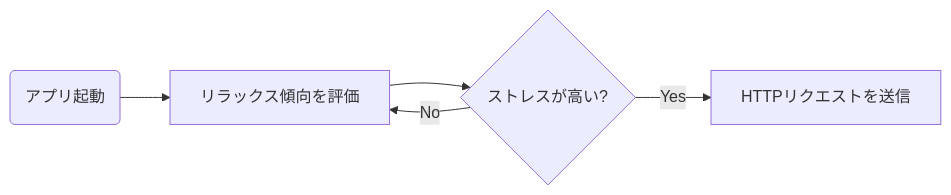
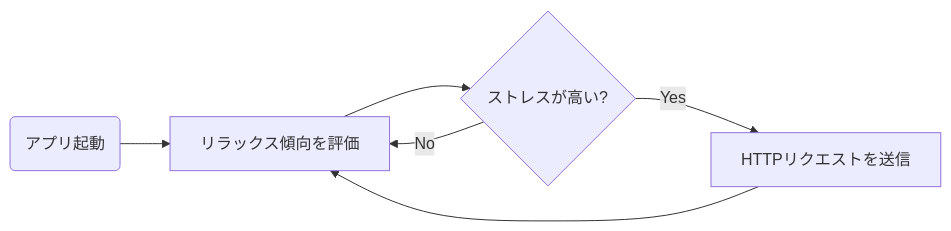
Before and after one commit to tatsuyasusukida/zenn-content: the first of 5 diagrams in articles/heart-rate-switch-fitbit-app.md, drawn with Mermaid. The commit also changed other lines of this file, not shown here.

````diff
--- a/articles/heart-rate-switch-fitbit-app.md
+++ b/articles/heart-rate-switch-fitbit-app.md
@@ -29,12 +29,13 @@
 ```mermaid
 flowchart LR
   Start(アプリ起動)
   Relax[リラックス傾向を評価]
   Stress{ストレスが高い?}
   Http[HTTPリクエストを送信]
 
   Start --> Relax
   Relax --> Stress
   Stress -->|Yes| Http
   Stress -->|No| Relax
+  Http --> Relax
 ```
````
